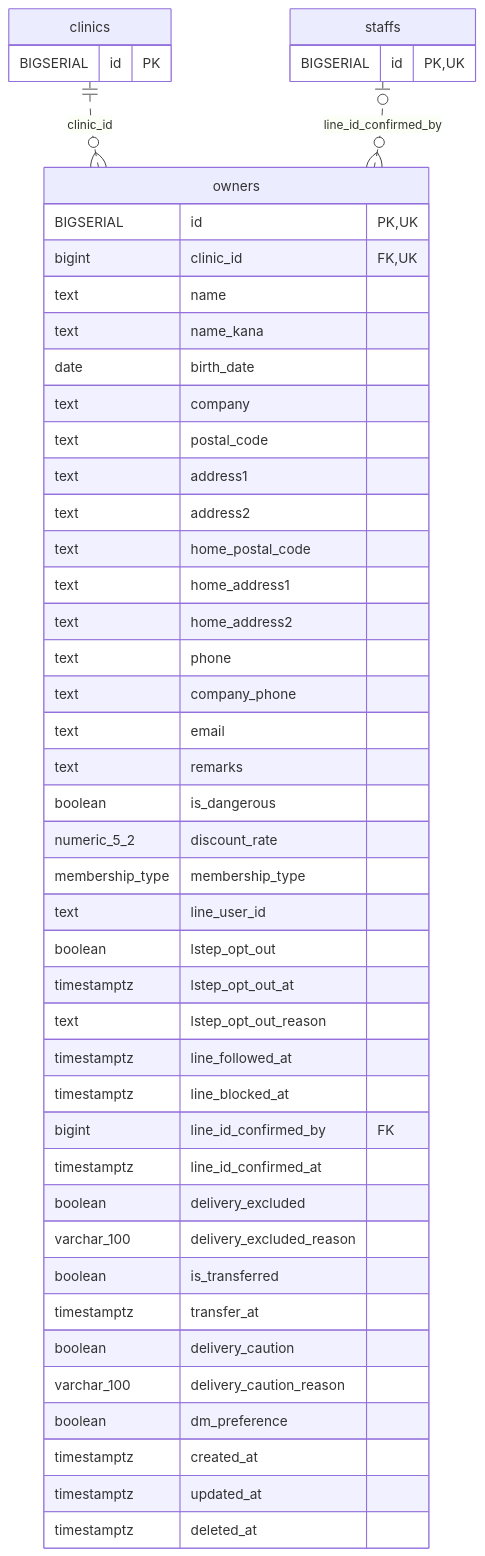
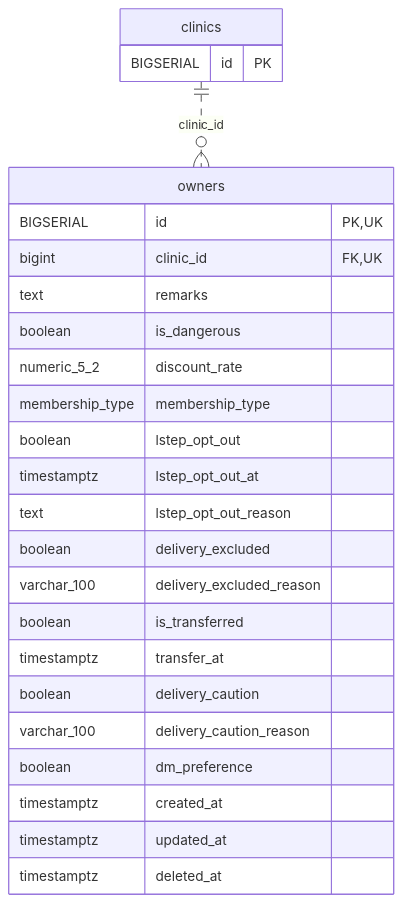
The diagram in docs/architecture/erd-detail/owners.md (MinoruSoga/AnimalEkarte), drawn with Mermaid before and after one commit. The commit also changed other lines of this file and 147 other files, not shown here.

````diff
--- a/docs/architecture/erd-detail/owners.md
+++ b/docs/architecture/erd-detail/owners.md
@@ -60,50 +42,28 @@
 ```mermaid
 erDiagram
     owners {
         BIGSERIAL id PK,UK
         bigint clinic_id FK,UK
-        text name
-        text name_kana
-        date birth_date
-        text company
-        text postal_code
-        text address1
-        text address2
-        text home_postal_code
-        text home_address1
-        text home_address2
-        text phone
-        text company_phone
-        text email
         text remarks
         boolean is_dangerous
         numeric_5_2 discount_rate
         membership_type membership_type
-        text line_user_id
         boolean lstep_opt_out
         timestamptz lstep_opt_out_at
         text lstep_opt_out_reason
-        timestamptz line_followed_at
-        timestamptz line_blocked_at
-        bigint line_id_confirmed_by FK
-        timestamptz line_id_confirmed_at
         boolean delivery_excluded
         varchar_100 delivery_excluded_reason
         boolean is_transferred
         timestamptz transfer_at
         boolean delivery_caution
         varchar_100 delivery_caution_reason
         boolean dm_preference
         timestamptz created_at
         timestamptz updated_at
         timestamptz deleted_at
     }
     clinics {
         BIGSERIAL id PK
     }
-    staffs {
-        BIGSERIAL id PK,UK
-    }
     clinics ||..o{ owners : "clinic_id"
-    staffs o|..o{ owners : "line_id_confirmed_by"
 ```
````
